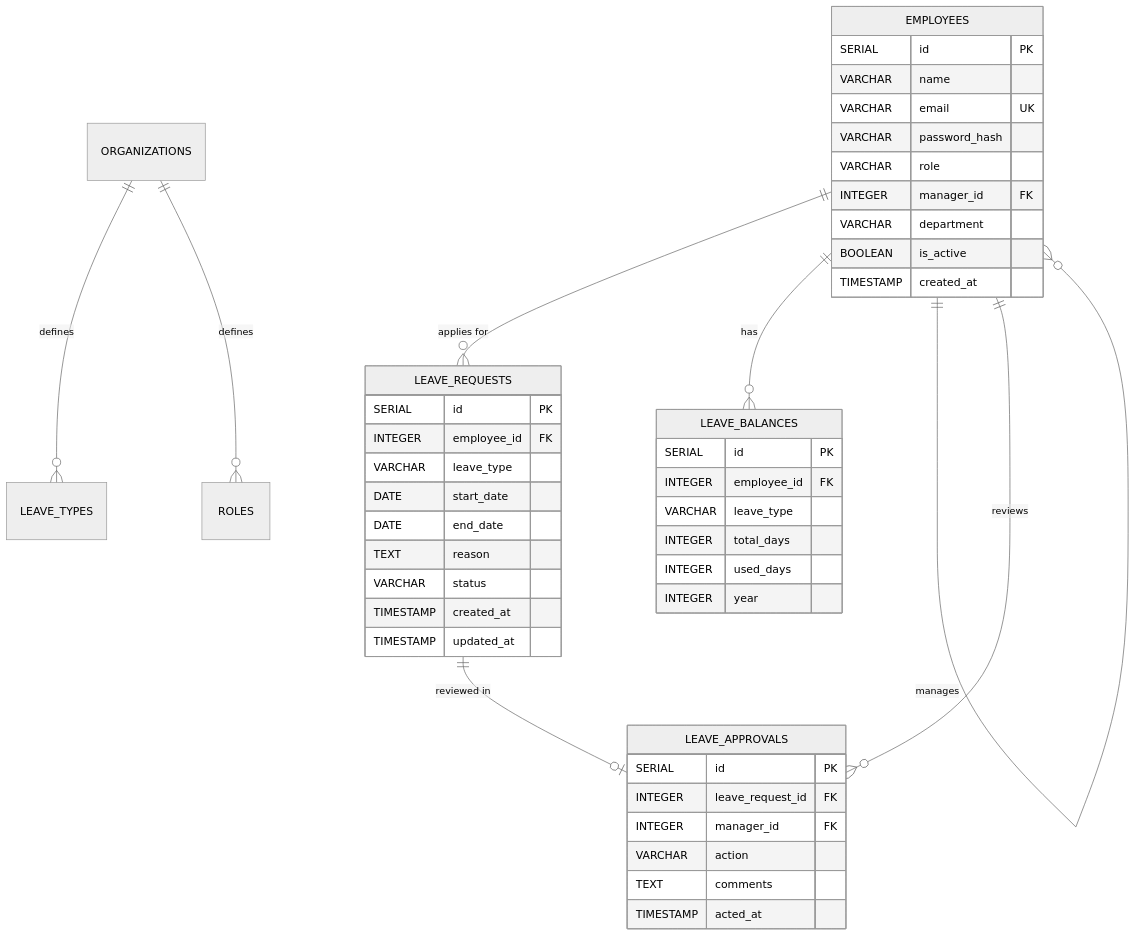
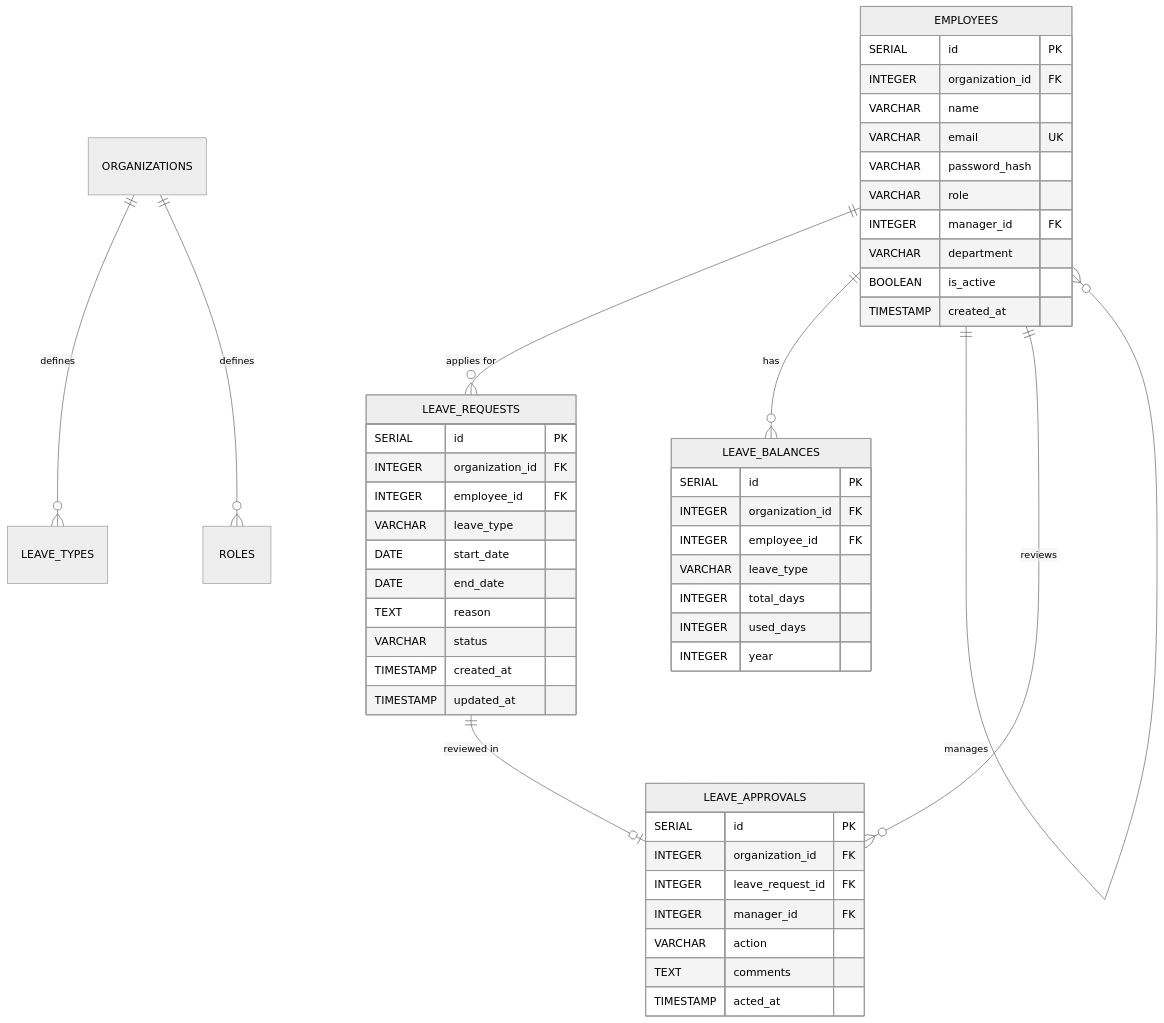
One commit to algorithnicmind/Bookflow-management changed the diagram in docs/06a-Database-Design.md. Above: the diagram before and after it, drawn with Mermaid (neutral theme). The commit also changed other lines of this file and 7 other files, not shown here.

````diff
--- a/docs/06a-Database-Design.md
+++ b/docs/06a-Database-Design.md
@@ -11,52 +11,56 @@
 ```mermaid
 erDiagram
     EMPLOYEES {
         SERIAL id PK
+        INTEGER organization_id FK
         VARCHAR name
         VARCHAR email UK
         VARCHAR password_hash
         VARCHAR role
         INTEGER manager_id FK
         VARCHAR department
         BOOLEAN is_active
         TIMESTAMP created_at
     }
     
     LEAVE_REQUESTS {
         SERIAL id PK
+        INTEGER organization_id FK
         INTEGER employee_id FK
         VARCHAR leave_type
         DATE start_date
         DATE end_date
         TEXT reason
         VARCHAR status
         TIMESTAMP created_at
         TIMESTAMP updated_at
     }
     
     LEAVE_APPROVALS {
         SERIAL id PK
+        INTEGER organization_id FK
         INTEGER leave_request_id FK
         INTEGER manager_id FK
         VARCHAR action
         TEXT comments
         TIMESTAMP acted_at
     }
     
     LEAVE_BALANCES {
         SERIAL id PK
+        INTEGER organization_id FK
         INTEGER employee_id FK
         VARCHAR leave_type
         INTEGER total_days
         INTEGER used_days
         INTEGER year
     }
     
     EMPLOYEES ||--o{ LEAVE_REQUESTS : "applies for"
     EMPLOYEES ||--o{ LEAVE_BALANCES : "has"
     EMPLOYEES ||--o{ EMPLOYEES : "manages"
     LEAVE_REQUESTS ||--o| LEAVE_APPROVALS : "reviewed in"
     EMPLOYEES ||--o{ LEAVE_APPROVALS : "reviews"
     ORGANIZATIONS ||--o{ LEAVE_TYPES : "defines"
     ORGANIZATIONS ||--o{ ROLES : "defines"
 ```
````
